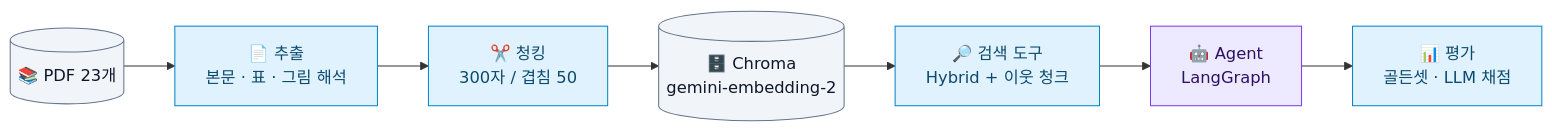
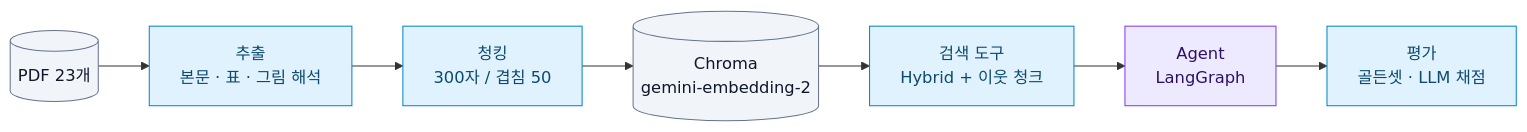
One commit to Xnarin/financial-rag-agent changed the first of 2 diagrams in README.md. Above: the diagram before and after it, drawn with Mermaid. The commit also changed other lines of this file and 8 other files, not shown here.

````diff
--- a/README.md
+++ b/README.md
@@ -35,13 +48,13 @@
 ```mermaid
 flowchart LR
-    pdf[("📚 PDF 23개")]:::data --> ext["📄 추출<br/>본문 · 표 · 그림 해석"]:::step
-    ext --> chunk["✂️ 청킹<br/>300자 / 겹침 50"]:::step
-    chunk --> db[("🗄️ Chroma<br/>gemini-embedding-2")]:::data
-    db --> tool["🔎 검색 도구<br/>Hybrid + 이웃 청크"]:::step
-    tool --> agent["🤖 Agent<br/>LangGraph"]:::agent
-    agent --> eval["📊 평가<br/>골든셋 · LLM 채점"]:::step
+    pdf[("PDF 23개")]:::data --> ext["추출<br/>본문 · 표 · 그림 해석"]:::step
+    ext --> chunk["청킹<br/>300자 / 겹침 50"]:::step
+    chunk --> db[("Chroma<br/>gemini-embedding-2")]:::data
+    db --> tool["검색 도구<br/>Hybrid + 이웃 청크"]:::step
+    tool --> agent["Agent<br/>LangGraph"]:::agent
+    agent --> eval["평가<br/>골든셋 · LLM 채점"]:::step
 
     classDef data fill:#f1f5f9,stroke:#64748b,color:#0f172a
     classDef step fill:#e0f2fe,stroke:#0284c7,color:#0c4a6e
     classDef agent fill:#ede9fe,stroke:#7c3aed,color:#2e1065
 ```
````
